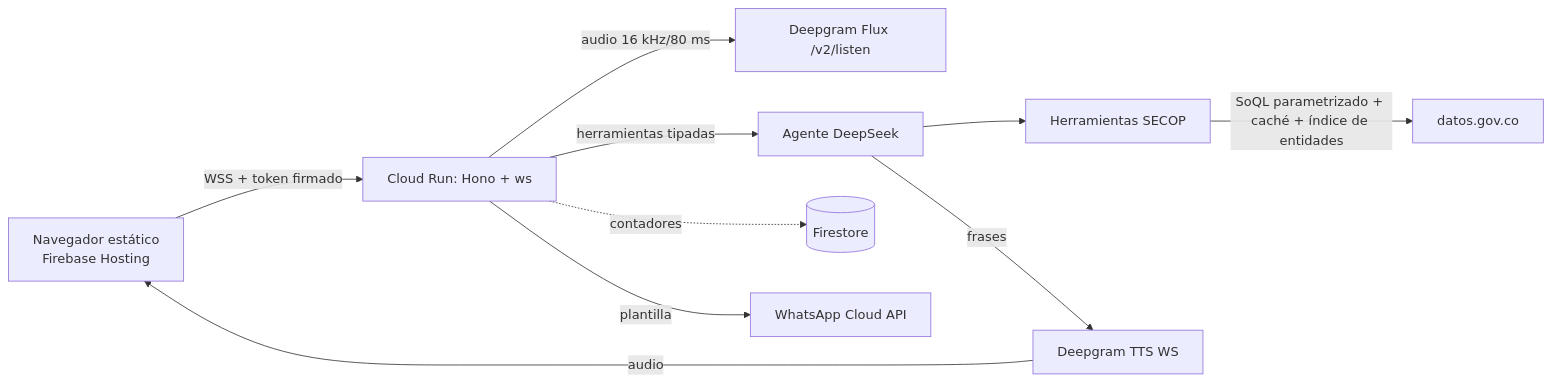
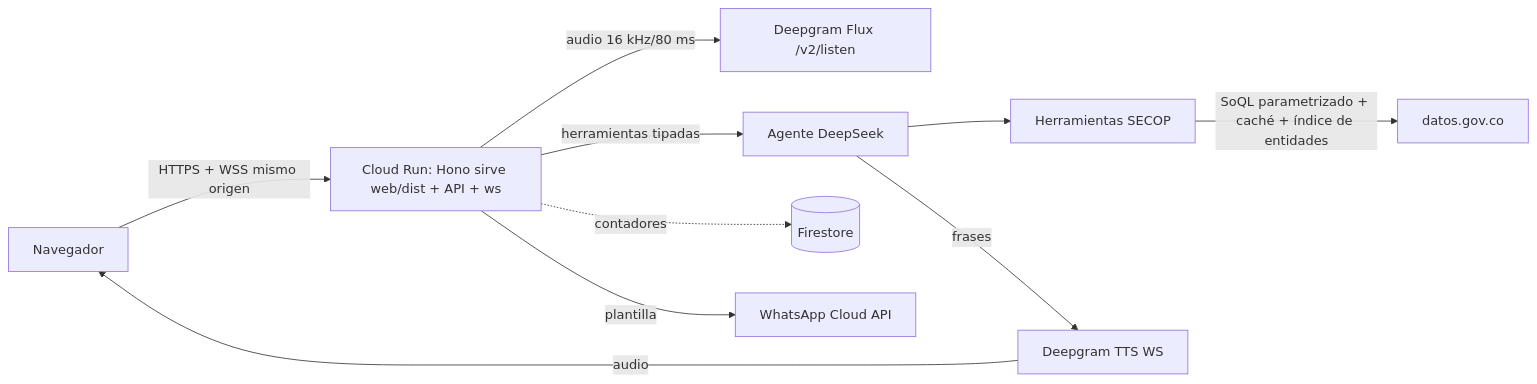
The diagram in docs/spec.md (Dani777rtg/informador-contratos), drawn with Mermaid before and after one commit. The commit also changed other lines of this file and 3 other files, not shown here.

````diff
--- a/docs/spec.md
+++ b/docs/spec.md
@@ -271,12 +271,12 @@
 ```mermaid
 flowchart LR
-  B[Navegador estático<br/>Firebase Hosting] -- WSS + token firmado --> R[Cloud Run: Hono + ws]
+  B[Navegador] -- HTTPS + WSS mismo origen --> R[Cloud Run: Hono sirve web/dist + API + ws]
   R -- audio 16 kHz/80 ms --> F[Deepgram Flux /v2/listen]
   R -- herramientas tipadas --> A[Agente DeepSeek]
   A --> T[Herramientas SECOP]
   T -- SoQL parametrizado + caché + índice de entidades --> S[datos.gov.co]
   A -- frases --> V[Deepgram TTS WS]
   V -- audio --> B
   R -. contadores .-> FS[(Firestore)]
   R -- plantilla --> W[WhatsApp Cloud API]
 ```
````
